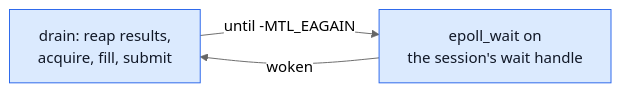
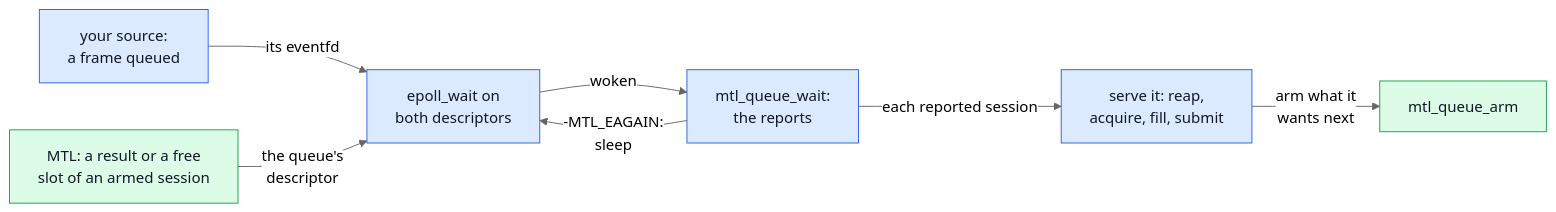
Before and after one commit to Sakoram/Media-Transport-Library: the fourth of 18 diagrams in doc/unified-api/examples.md, drawn with Mermaid (neutral theme). The commit also changed other lines of this file and 52 other files, not shown here.

````diff
--- a/doc/unified-api/examples.md
+++ b/doc/unified-api/examples.md
@@ -290,6 +437,11 @@
 ```mermaid
 flowchart LR
-    D["drain: reap results,<br/>acquire, fill, submit"]:::app -->|"until -MTL_EAGAIN"| E["epoll_wait on<br/>the session's wait handle"]:::app
-    E -->|"woken"| D
+    S["your source:<br/>a frame queued"]:::app -->|"its eventfd"| E["epoll_wait on<br/>both descriptors"]:::app
+    M["MTL: a result or a free<br/>slot of an armed session"]:::mtl -->|"the queue's<br/>descriptor"| E
+    E -->|"woken"| W["mtl_queue_wait:<br/>the reports"]:::app
+    W -->|"each reported session"| D["serve it: reap,<br/>acquire, fill, submit"]:::app
+    D -->|"arm what it<br/>wants next"| A["mtl_queue_arm"]:::mtl
+    W -->|"-MTL_EAGAIN:<br/>sleep"| E
     classDef app fill:#dbeafe,stroke:#2563eb,color:#111827
+    classDef mtl fill:#dcfce7,stroke:#16a34a,color:#111827
 ```
````
